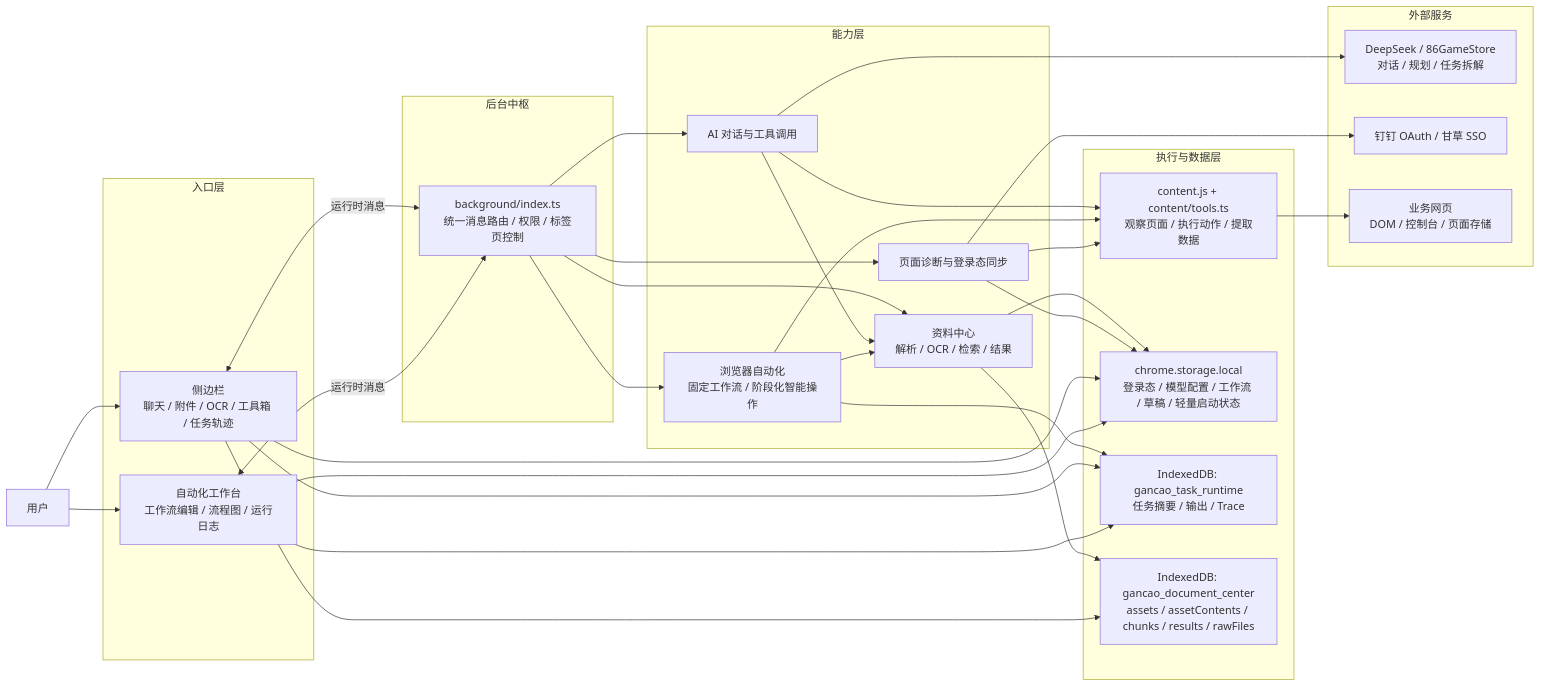
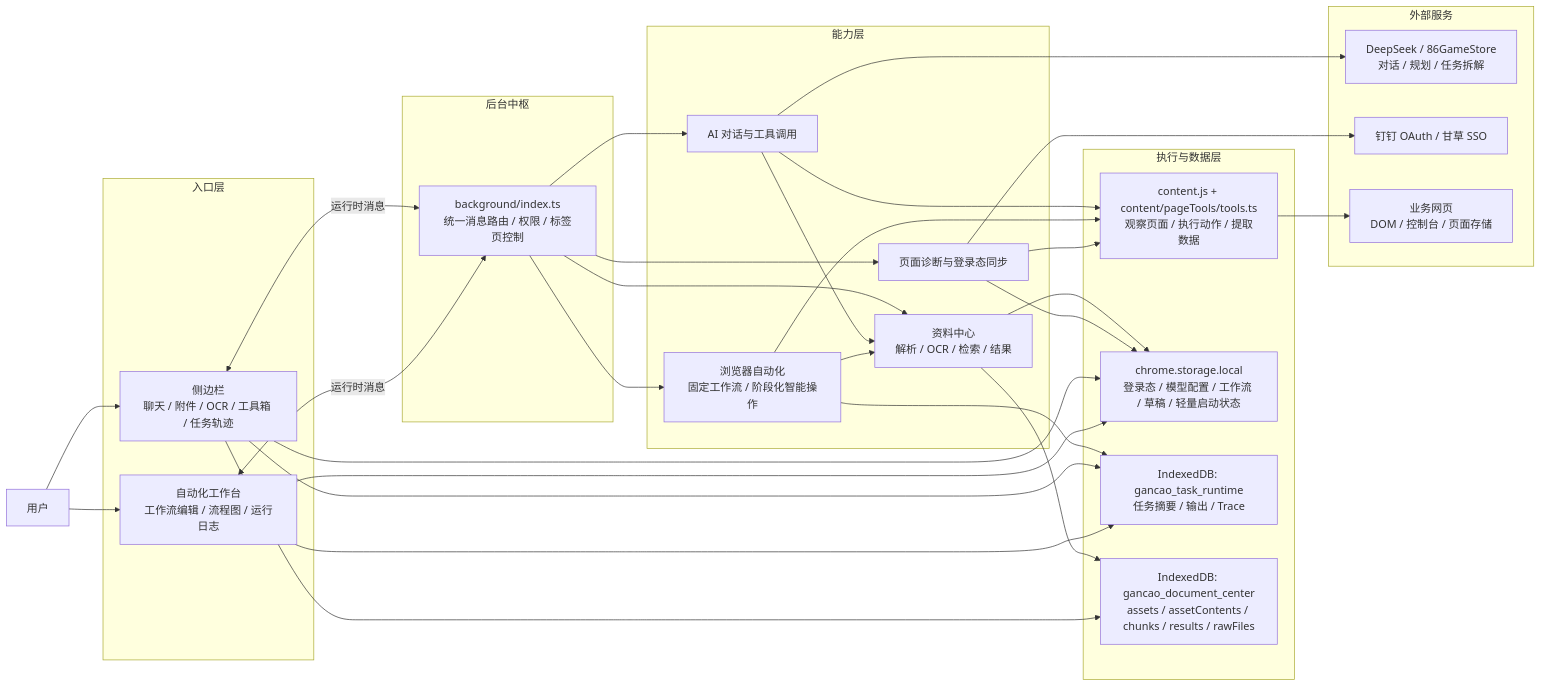
Before and after one commit to Clearlovesixteen/gancao-colipot: the first of 7 diagrams in docs/architecture.md, drawn with Mermaid. The commit also changed other lines of this file and 266 other files, not shown here.

````diff
--- a/docs/architecture.md
+++ b/docs/architecture.md
@@ -62,66 +69,66 @@
 ```mermaid
 flowchart LR
   User["用户"]
 
   subgraph Entry["入口层"]
     SidePanel["侧边栏<br/>聊天 / 附件 / OCR / 工具箱 / 任务轨迹"]
     Dashboard["自动化工作台<br/>工作流编辑 / 流程图 / 运行日志"]
   end
 
   subgraph Hub["后台中枢"]
     Background["background/index.ts<br/>统一消息路由 / 权限 / 标签页控制"]
   end
 
   subgraph Capability["能力层"]
     ChatAI["AI 对话与工具调用"]
     BrowserAuto["浏览器自动化<br/>固定工作流 / 阶段化智能操作"]
     DocCenter["资料中心<br/>解析 / OCR / 检索 / 结果"]
     Diagnostics["页面诊断与登录态同步"]
   end
 
   subgraph RuntimeData["执行与数据层"]
-    Content["content.js + content/tools.ts<br/>观察页面 / 执行动作 / 提取数据"]
+    Content["content.js + content/pageTools/tools.ts<br/>观察页面 / 执行动作 / 提取数据"]
     ChromeStorage["chrome.storage.local<br/>登录态 / 模型配置 / 工作流 / 草稿 / 轻量启动状态"]
     TaskRepository["IndexedDB: gancao_task_runtime<br/>任务摘要 / 输出 / Trace"]
     IndexedDB["IndexedDB: gancao_document_center<br/>assets / assetContents / chunks / results / rawFiles"]
   end
 
   subgraph External["外部服务"]
     LLM["DeepSeek / 86GameStore<br/>对话 / 规划 / 任务拆解"]
     DingTalk["钉钉 OAuth / 甘草 SSO"]
     WebPage["业务网页<br/>DOM / 控制台 / 页面存储"]
   end
 
   User --> SidePanel
   User --> Dashboard
 
   SidePanel <-->|"运行时消息"| Background
   Dashboard <-->|"运行时消息"| Background
 
   Background --> ChatAI
   Background --> BrowserAuto
   Background --> DocCenter
   Background --> Diagnostics
 
   ChatAI --> LLM
   ChatAI --> DocCenter
   ChatAI --> Content
 
   BrowserAuto --> Content
   BrowserAuto --> DocCenter
   BrowserAuto --> TaskRepository
 
   DocCenter --> IndexedDB
   DocCenter --> ChromeStorage
 
   Diagnostics --> Content
   Diagnostics --> ChromeStorage
   Diagnostics --> DingTalk
 
   Content --> WebPage
   SidePanel --> ChromeStorage
   Dashboard --> ChromeStorage
   SidePanel --> TaskRepository
   Dashboard --> TaskRepository
   SidePanel --> IndexedDB
 ```
````
